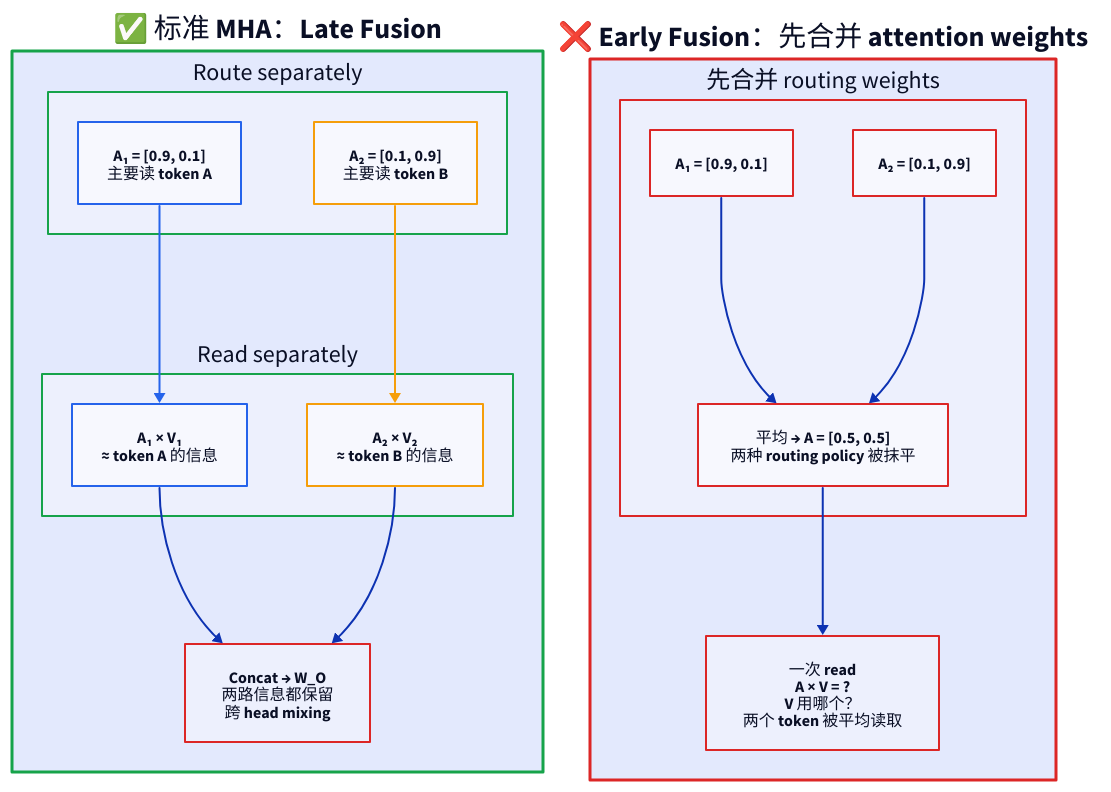
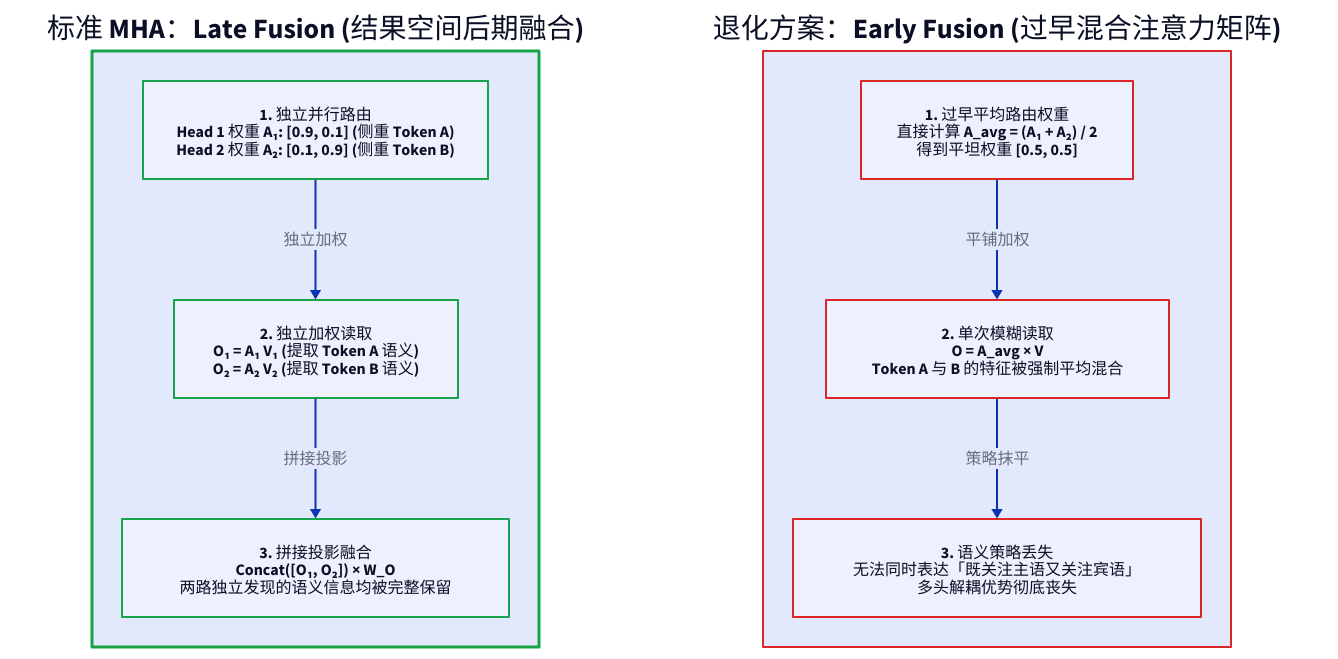
The diagram in images/multi-head-attention/late-vs-early-fusion.d2 (111qqz/111qqz.github.io), drawn with D2 before and after one commit. The commit also changed 512 other files, not shown here.

Commit message:
fix(images): 同步概率密度配图精简并更新图片清册 111qqz/hugo-blog@1e605b2ee9908b4a5846f8919189ce75324d62b7

```diff
--- a/images/multi-head-attention/late-vs-early-fusion.d2
+++ b/images/multi-head-attention/late-vs-early-fusion.d2
@@ -1,78 +1,51 @@
-direction: down
+grid-columns: 2
 
-standard: "✅ 标准 MHA：Late Fusion" {
-  style.bold: true
+late: "标准 MHA：Late Fusion (结果空间后期融合)" {
   style.stroke: "#16a34a"
   style.stroke-width: 3
+  style.bold: true
 
-  s_route: "Route separately" {
+  route_late: "1. 独立并行路由\nHead 1 权重 A₁: [0.9, 0.1] (侧重 Token A)\nHead 2 权重 A₂: [0.1, 0.9] (侧重 Token B)" {
     style.stroke: "#16a34a"
     style.stroke-width: 2
-
-    a1: "A₁ = [0.9, 0.1]\n主要读 token A" {
-      style.stroke: "#2563eb"
-    }
-    a2: "A₂ = [0.1, 0.9]\n主要读 token B" {
-      style.stroke: "#f59e0b"
-    }
   }
 
-  s_read: "Read separately" {
+  read_late: "2. 独立加权读取\nO₁ = A₁ V₁ (提取 Token A 语义)\nO₂ = A₂ V₂ (提取 Token B 语义)" {
     style.stroke: "#16a34a"
     style.stroke-width: 2
-
-    r1: "A₁ × V₁\n≈ token A 的信息" {
-      style.stroke: "#2563eb"
-    }
-    r2: "A₂ × V₂\n≈ token B 的信息" {
-      style.stroke: "#f59e0b"
-    }
   }
 
-  s_fuse: "Concat → W_O\n两路信息都保留\n跨 head mixing" {
+  fuse_late: "3. 拼接投影融合\nConcat([O₁, O₂]) × W_O\n两路独立发现的语义信息均被完整保留" {
+    style.stroke: "#16a34a"
+    style.stroke-width: 2
+    style.bold: true
+  }
+
+  route_late -> read_late: "独立加权"
+  read_late -> fuse_late: "拼接投影"
+}
+
+early: "退化方案：Early Fusion (过早混合注意力矩阵)" {
+  style.stroke: "#dc2626"
+  style.stroke-width: 2
+  style.bold: true
+
+  route_early: "1. 过早平均路由权重\n直接计算 A_avg = (A₁ + A₂) / 2\n得到平坦权重 [0.5, 0.5]" {
+    style.stroke: "#dc2626"
+    style.stroke-width: 2
+  }
+
+  read_early: "2. 单次模糊读取\nO = A_avg × V\nToken A 与 B 的特征被强制平均混合" {
+    style.stroke: "#dc2626"
+    style.stroke-width: 2
+  }
+
+  defect_early: "3. 语义策略丢失\n无法同时表达「既关注主语又关注宾语」\n多头解耦优势彻底丧失" {
     style.stroke: "#dc2626"
     style.stroke-width: 2
     style.bold: true
   }
 
-  s_route.a1 -> s_read.r1 {
-    style.stroke: "#2563eb"
-  }
-  s_route.a2 -> s_read.r2 {
-    style.stroke: "#f59e0b"
-  }
-  s_read.r1 -> s_fuse
-  s_read.r2 -> s_fuse
+  route_early -> read_early: "平铺加权"
+  read_early -> defect_early: "策略抹平"
 }
-
-early: "❌ Early Fusion：先合并 attention weights" {
-  style.bold: true
-  style.stroke: "#dc2626"
-  style.stroke-width: 3
-
-  e_route: "先合并 routing weights" {
-    style.stroke: "#dc2626"
-    style.stroke-width: 2
-
-    ea1: "A₁ = [0.9, 0.1]" {
-      style.stroke: "#dc2626"
-    }
-    ea2: "A₂ = [0.1, 0.9]" {
-      style.stroke: "#dc2626"
-    }
-    merge: "平均 → A = [0.5, 0.5]\n两种 routing policy 被抹平" {
-      style.stroke: "#dc2626"
-      style.bold: true
-    }
-
-    ea1 -> merge
-    ea2 -> merge
-  }
-
-  e_read: "一次 read\nA × V = ?\nV 用哪个？\n两个 token 被平均读取" {
-    style.stroke: "#dc2626"
-    style.stroke-width: 2
-  }
-
-  e_route.merge -> e_read
-}
```
